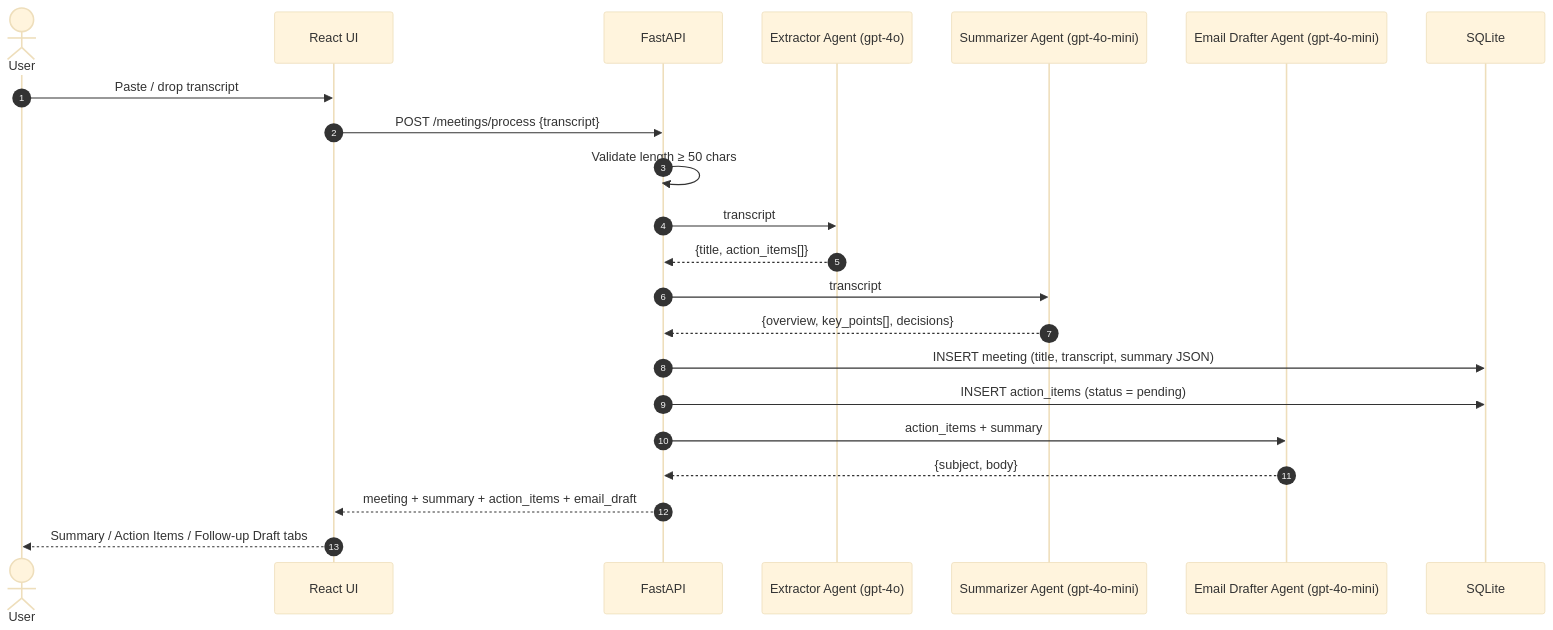
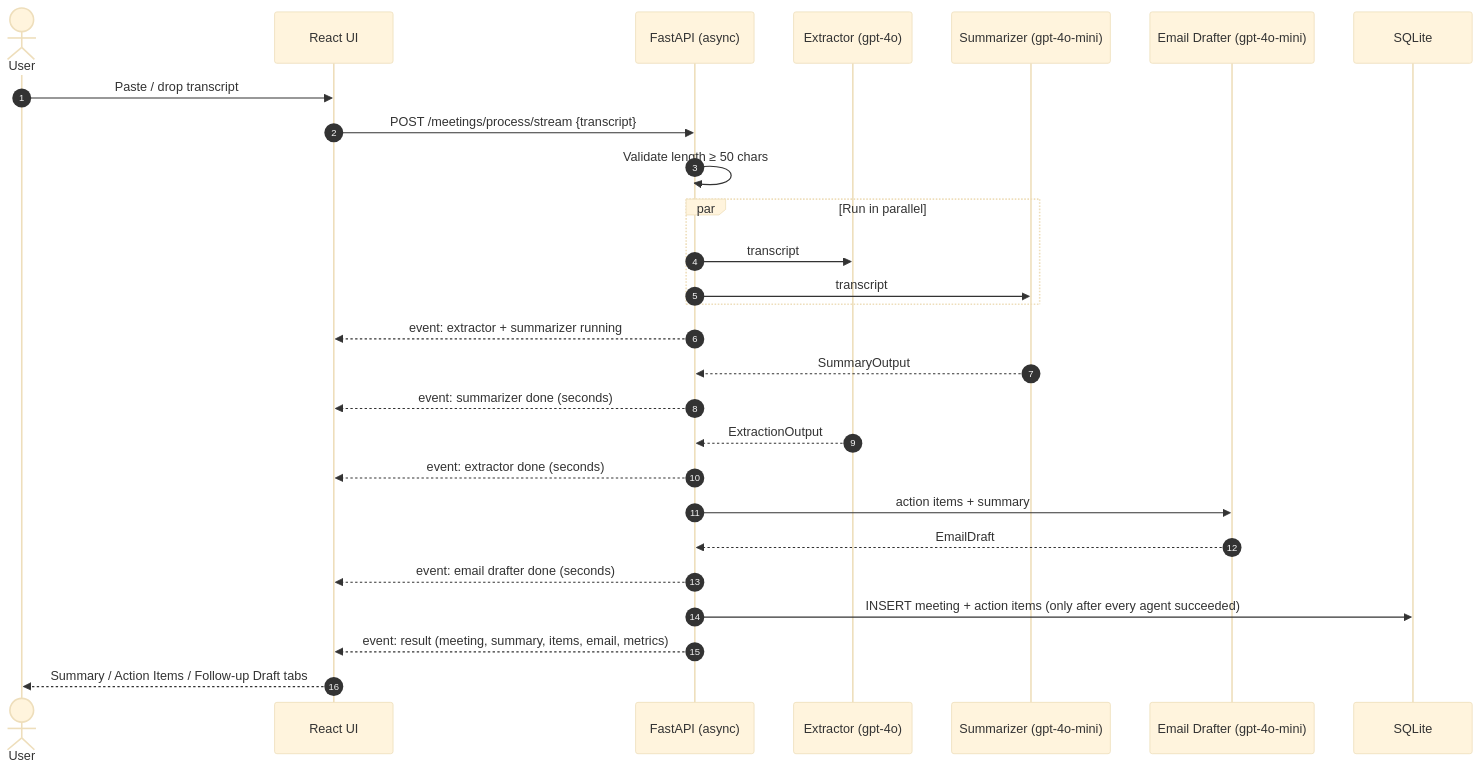
One commit to Ruturaj2472/Meeting-Summarizer changed the first of 2 diagrams in README.md. Above: the diagram before and after it, drawn with Mermaid (base theme). The commit also changed other lines of this file and 21 other files, not shown here.

First line of the commit message:
Run agents in parallel with structured outputs, live progress and evaluation

````diff
--- a/README.md
+++ b/README.md
@@ -106,25 +110,30 @@
 ```mermaid
 sequenceDiagram
     autonumber
     actor U as User
     participant FE as React UI
-    participant API as FastAPI
-    participant EX as Extractor Agent (gpt-4o)
-    participant SU as Summarizer Agent (gpt-4o-mini)
-    participant DR as Email Drafter Agent (gpt-4o-mini)
+    participant API as FastAPI (async)
+    participant EX as Extractor (gpt-4o)
+    participant SU as Summarizer (gpt-4o-mini)
+    participant DR as Email Drafter (gpt-4o-mini)
     participant DB as SQLite
 
     U->>FE: Paste / drop transcript
-    FE->>API: POST /meetings/process {transcript}
+    FE->>API: POST /meetings/process/stream {transcript}
     API->>API: Validate length ≥ 50 chars
-    API->>EX: transcript
-    EX-->>API: {title, action_items[]}
-    API->>SU: transcript
-    SU-->>API: {overview, key_points[], decisions}
-    API->>DB: INSERT meeting (title, transcript, summary JSON)
-    API->>DB: INSERT action_items (status = pending)
-    API->>DR: action_items + summary
-    DR-->>API: {subject, body}
-    API-->>FE: meeting + summary + action_items + email_draft
+    par Run in parallel
+        API->>EX: transcript
+        API->>SU: transcript
+    end
+    API-->>FE: event: extractor + summarizer running
+    SU-->>API: SummaryOutput
+    API-->>FE: event: summarizer done (seconds)
+    EX-->>API: ExtractionOutput
+    API-->>FE: event: extractor done (seconds)
+    API->>DR: action items + summary
+    DR-->>API: EmailDraft
+    API-->>FE: event: email drafter done (seconds)
+    API->>DB: INSERT meeting + action items (only after every agent succeeded)
+    API-->>FE: event: result (meeting, summary, items, email, metrics)
     FE-->>U: Summary / Action Items / Follow-up Draft tabs
 ```
````
